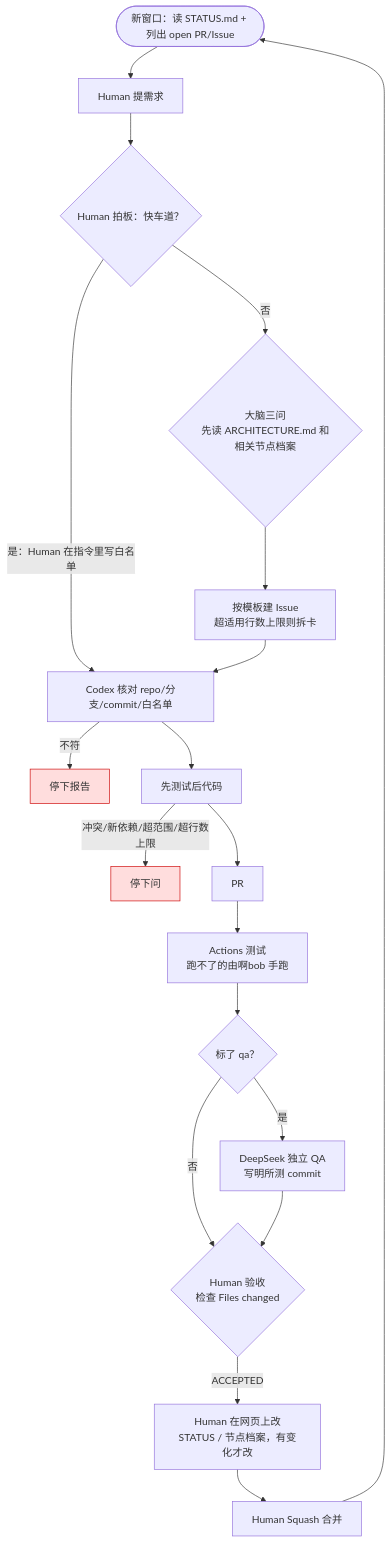
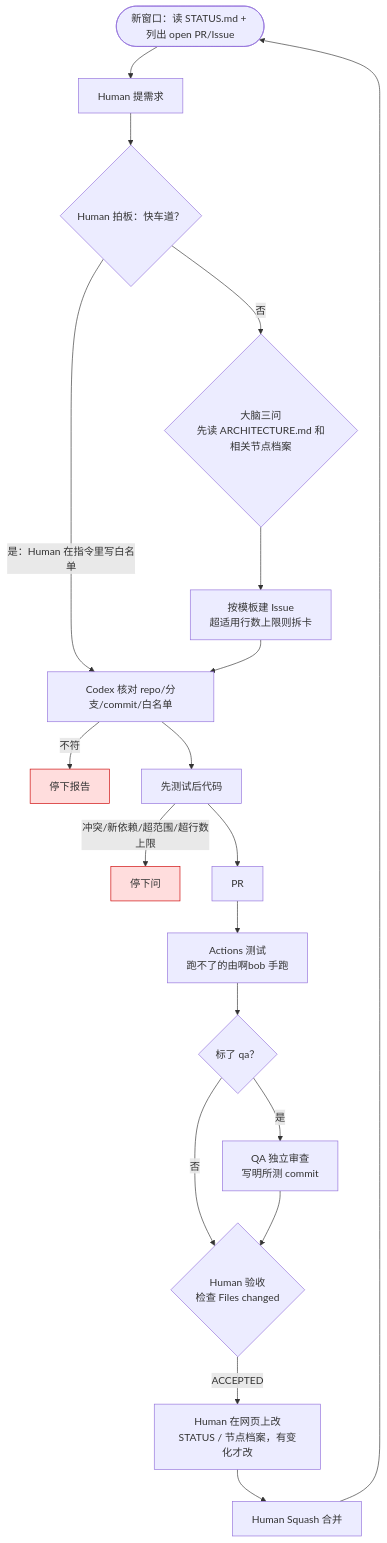
Before and after one commit to zwmhua/Solo-Flow: the diagram in WORKFLOW.md, drawn with Mermaid. The commit also changed other lines of this file and 4 other files, not shown here.

````diff
--- a/WORKFLOW.md
+++ b/WORKFLOW.md
@@ -46,24 +46,24 @@
 ```mermaid
 flowchart TD
     S([新窗口：读 STATUS.md + 列出 open PR/Issue]) --> A[Human 提需求]
     A --> FAST{Human 拍板：快车道？}
     FAST -->|是：Human 在指令里写白名单| G
     FAST -->|否| B{大脑三问<br>先读 ARCHITECTURE.md 和相关节点档案}
     B --> E[按模板建 Issue<br>超适用行数上限则拆卡]
     E --> G[Codex 核对 repo/分支/commit/白名单]
     G -->|不符| X1[停下报告]
     G --> H[先测试后代码]
     H -->|冲突/新依赖/超范围/超行数上限| X2[停下问]
     H --> P[PR]
     P --> T[Actions 测试<br>跑不了的由啊bob 手跑]
     T --> Q{标了 qa？}
     Q -->|否| V
-    Q -->|是| L[DeepSeek 独立 QA<br>写明所测 commit]
+    Q -->|是| L[QA 独立审查<br>写明所测 commit]
     L --> V{Human 验收<br>检查 Files changed}
     V -->|ACCEPTED| W[Human 在网页上改<br>STATUS / 节点档案，有变化才改]
     W --> M[Human Squash 合并]
     M --> S
 
     classDef stop fill:#fdd,stroke:#c00
     class X1,X2 stop
 ```
````
